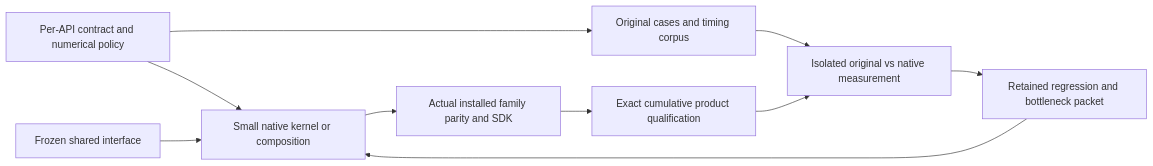
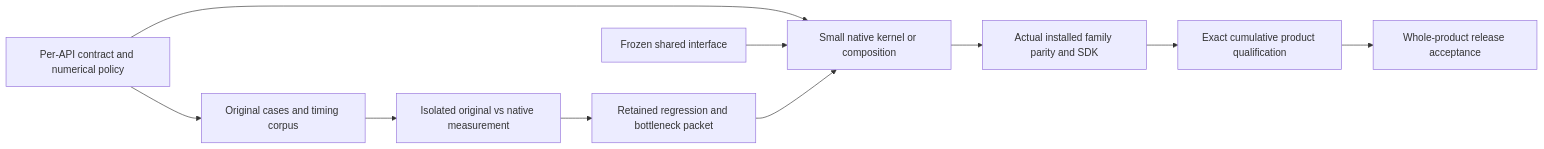
The diagram in coverage/EXECUTION_PLAN.md (bipxx/scikit-imagexx), drawn with Mermaid before and after one commit. The commit also changed other lines of this file and 1 other file, not shown here.

````diff
--- a/coverage/EXECUTION_PLAN.md
+++ b/coverage/EXECUTION_PLAN.md
@@ -660,12 +699,12 @@
 ```mermaid
 flowchart LR
     A[Per-API contract and numerical policy] --> K[Small native kernel or composition]
     A --> H[Original cases and timing corpus]
     S[Frozen shared interface] --> K
     K --> P[Actual installed family parity and SDK]
     P --> Q[Exact cumulative product qualification]
     H --> M[Isolated original vs native measurement]
-    Q --> M
+    Q --> RLS[Whole-product release acceptance]
     M --> R[Retained regression and bottleneck packet]
     R --> K
 ```
````
